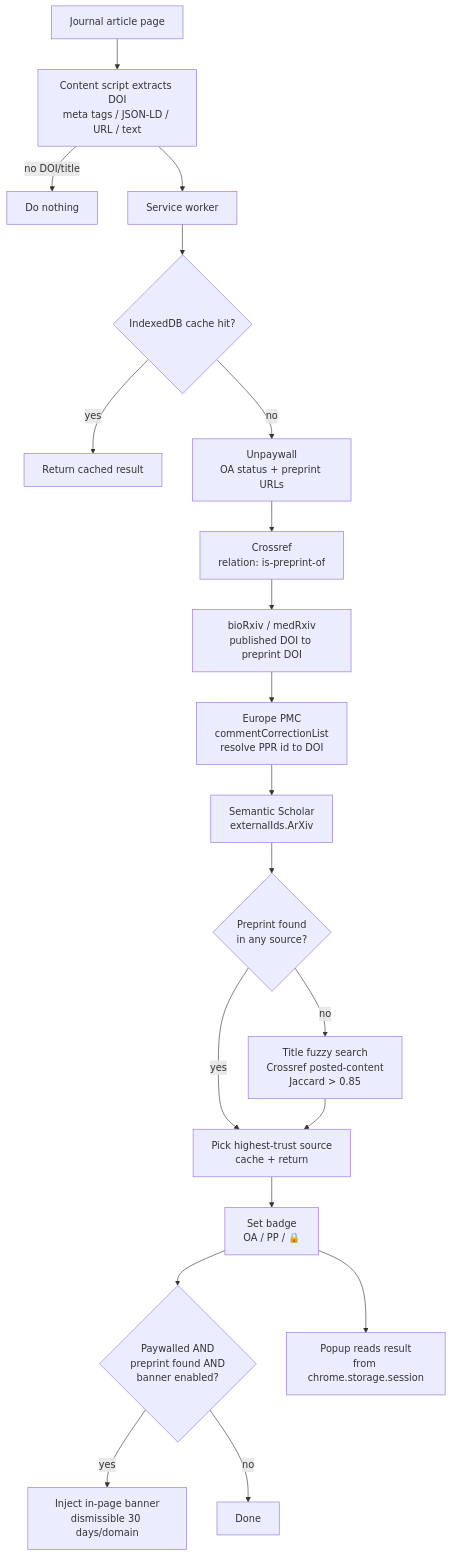
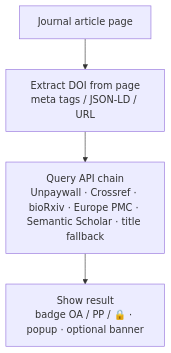
One commit to rustlab1/find-preprint-extension changed the diagram in README.md. Above: the diagram before and after it, drawn with Mermaid. The commit also changed 4 other files, not shown here.

First line of the commit message:
Add MIT license, real icons, simpler flowchart

````diff
--- a/README.md
+++ b/README.md
@@ -26,22 +26,6 @@
 ```mermaid
 flowchart TD
-    A[Journal article page] --> B[Content script extracts DOI<br/>meta tags / JSON-LD / URL / text]
-    B -- no DOI/title --> Z[Do nothing]
-    B --> C[Service worker]
-    C --> D{IndexedDB cache hit?}
-    D -- yes --> R[Return cached result]
-    D -- no --> E[Unpaywall<br/>OA status + preprint URLs]
-    E --> F[Crossref<br/>relation: is-preprint-of]
-    F --> G[bioRxiv / medRxiv<br/>published DOI to preprint DOI]
-    G --> H[Europe PMC<br/>commentCorrectionList<br/>resolve PPR id to DOI]
-    H --> I[Semantic Scholar<br/>externalIds.ArXiv]
-    I --> J{Preprint found<br/>in any source?}
-    J -- yes --> K[Pick highest-trust source<br/>cache + return]
-    J -- no --> L[Title fuzzy search<br/>Crossref posted-content<br/>Jaccard > 0.85]
-    L --> K
-    K --> M[Set badge<br/>OA / PP / 🔒]
-    M --> N{Paywalled AND<br/>preprint found AND<br/>banner enabled?}
-    N -- yes --> O[Inject in-page banner<br/>dismissible 30 days/domain]
-    N -- no --> P[Done]
-    M --> Q[Popup reads result<br/>from chrome.storage.session]
+    A[Journal article page] --> B[Extract DOI from page<br/>meta tags / JSON-LD / URL]
+    B --> C[Query API chain<br/>Unpaywall · Crossref · bioRxiv · Europe PMC · Semantic Scholar · title fallback]
+    C --> D[Show result<br/>badge OA / PP / 🔒 · popup · optional banner]
 ```
````
